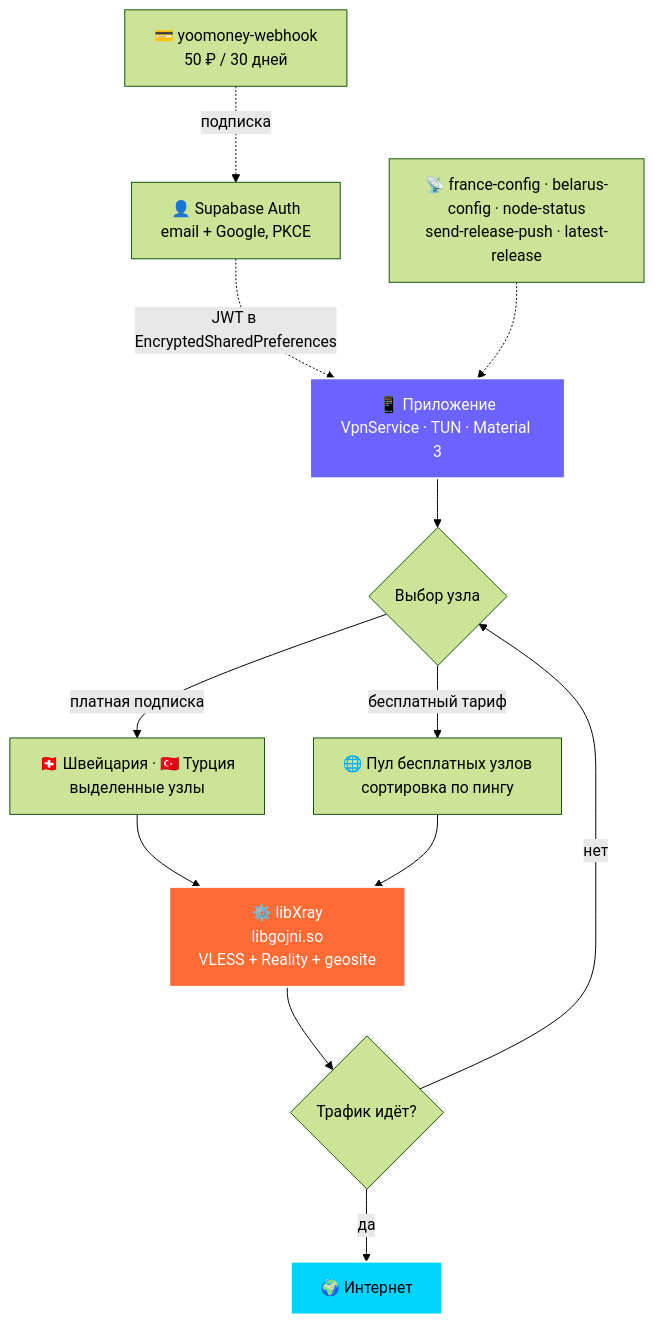
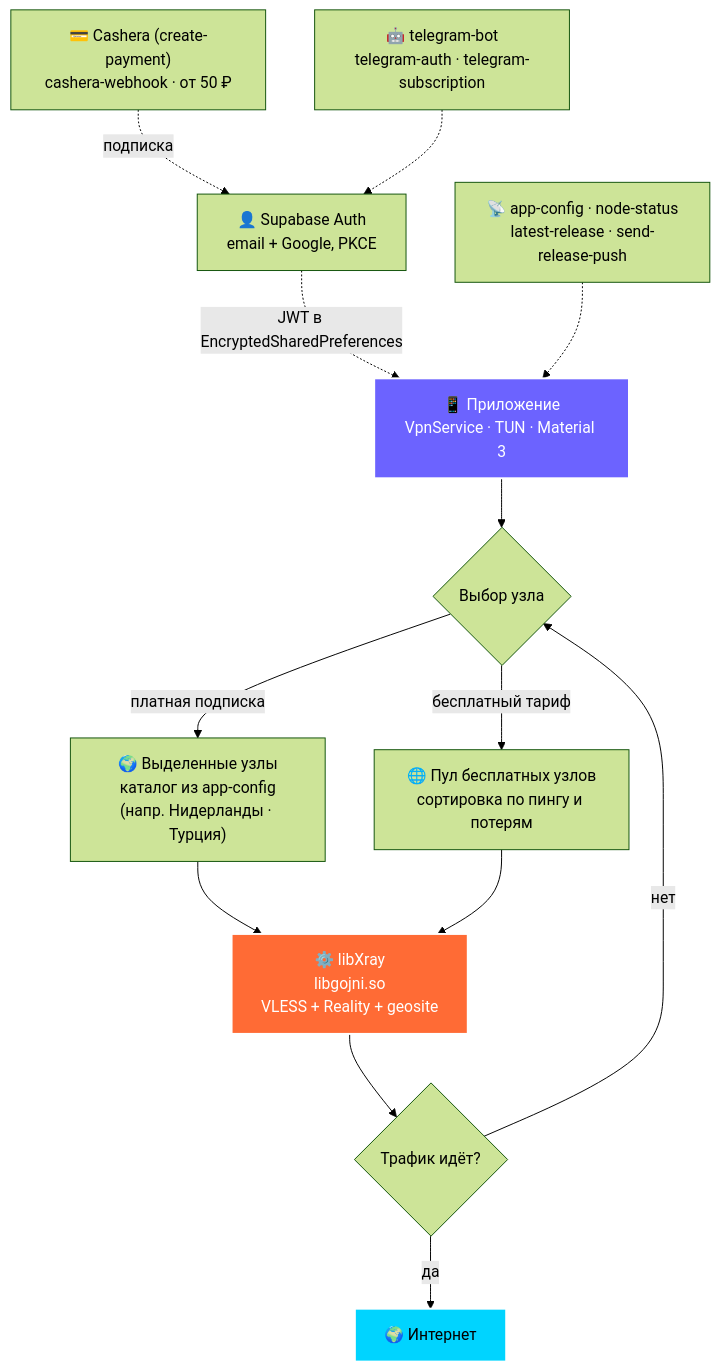
Before and after one commit to Core-Dev-Support/naua-security-mirage-android: the diagram in README.md, drawn with Mermaid (forest theme). The commit also changed other lines of this file and 3 other files, not shown here.

Commit message:
docs: sync README, architecture and roadmap with codebase

````diff
--- a/README.md
+++ b/README.md
@@ -95,19 +115,20 @@
 ```mermaid
 flowchart TD
     A["📱 Приложение<br/>VpnService · TUN · Material 3"] --> S{"Выбор узла"}
-    S -->|"платная подписка"| P["🇨🇭 Швейцария · 🇹🇷 Турция<br/>выделенные узлы"]
-    S -->|"бесплатный тариф"| F["🌐 Пул бесплатных узлов<br/>сортировка по пингу"]
+    S -->|"платная подписка"| P["🌍 Выделенные узлы<br/>каталог из app-config<br/>(напр. Нидерланды · Турция)"]
+    S -->|"бесплатный тариф"| F["🌐 Пул бесплатных узлов<br/>сортировка по пингу и потерям"]
     P --> C["⚙️ libXray<br/>libgojni.so<br/>VLESS + Reality + geosite"]
     F --> C
     C --> W{"Трафик идёт?"}
     W -->|нет| S
     W -->|да| N["🌍 Интернет"]
 
     G["👤 Supabase Auth<br/>email + Google, PKCE"] -.->|JWT в EncryptedSharedPreferences| A
-    Y["💳 yoomoney-webhook<br/>50 ₽ / 30 дней"] -.->|подписка| G
-    B["📡 france-config · belarus-config · node-status<br/>send-release-push · latest-release"] -.-> A
+    Y["💳 Cashera (create-payment)<br/>cashera-webhook · от 50 ₽"] -.->|подписка| G
+    B["📡 app-config · node-status<br/>latest-release · send-release-push"] -.-> A
+    T["🤖 telegram-bot<br/>telegram-auth · telegram-subscription"] -.-> G
 
     style A fill:#6C63FF,stroke:#fff,stroke-width:2px,color:#fff
     style C fill:#FF6B35,stroke:#fff,stroke-width:2px,color:#fff
     style N fill:#00D4FF,stroke:#fff,stroke-width:2px,color:#000
 ```
````
